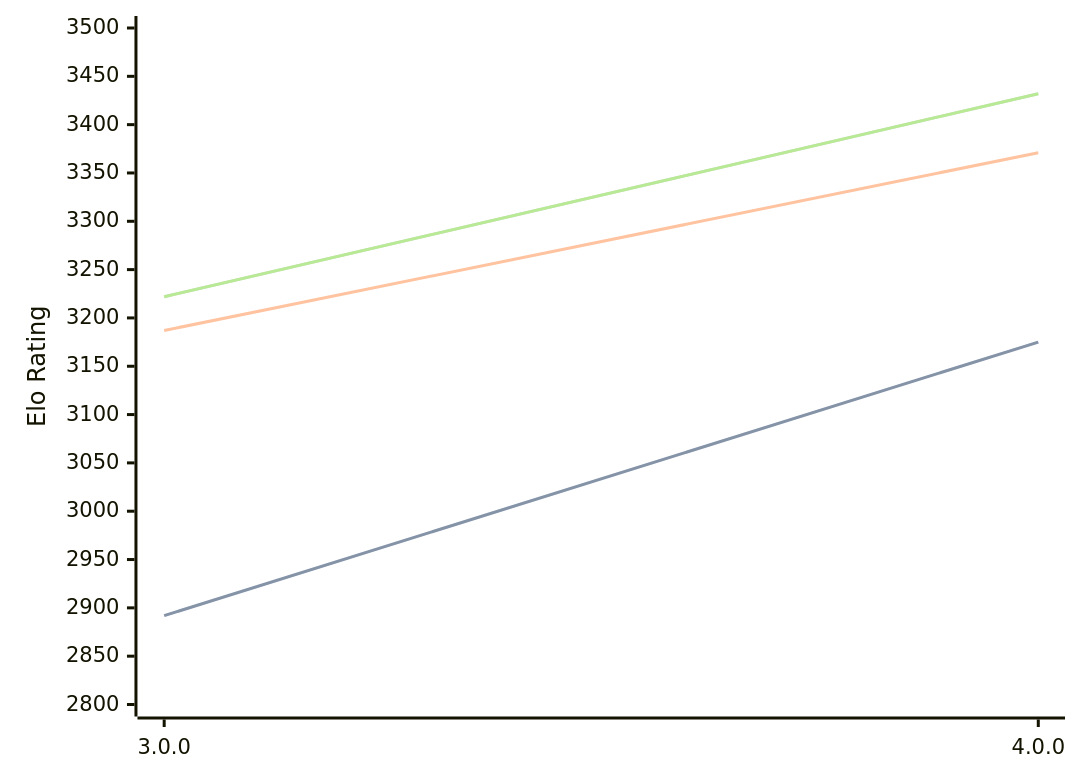
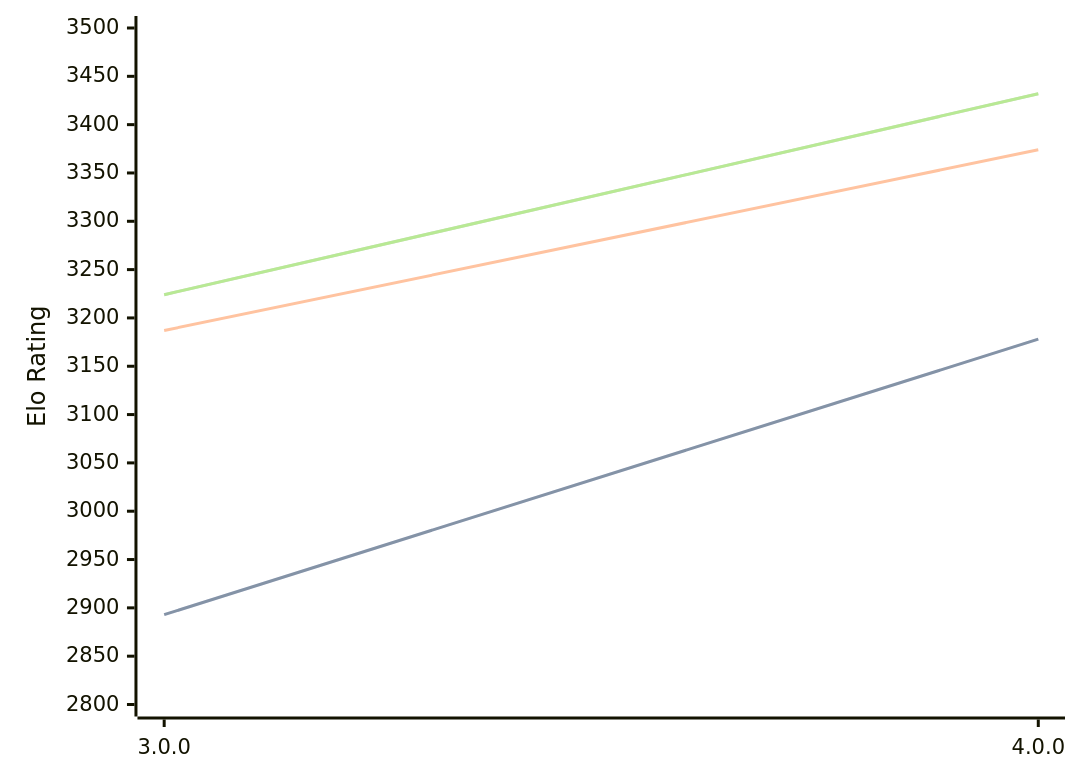
Before and after one commit to computer-chess-index/cci: the diagram in engines/Avalanche.md, drawn with Mermaid. The commit also changed other lines of this file, not shown here.

Commit message:
Update CCI Ratings (ELO VLTC) - 2026-08-22

````diff
--- a/engines/Avalanche.md
+++ b/engines/Avalanche.md
@@ -32,11 +32,11 @@
 ```mermaid
 %%{init: {"theme":"base","themeVariables":{"seriesColors:['#a3a3a3','#222221','#faa371']}}}%%
 xychart-beta
   x-axis ["3.0.0", "4.0.0"]
   y-axis "Elo Rating" 2800 --> 3500
-  line "STC (8.0+0.08s)" [2892, 3175]
-  line "STC (8.0+0.08s)" [2892, 3175]
-  line "LTC (60.0+0.60s)" [3187, 3371]
-  line "VLTC (2m24s+1.12s)" [3222, 3432]
-  line "VLTC (2m24s+1.12s)" [3222, 3432]
+  line "STC (8.0+0.08s)" [2893, 3178]
+  line "STC (8.0+0.08s)" [2893, 3178]
+  line "LTC (60.0+0.60s)" [3187, 3374]
+  line "VLTC (2m24s+1.12s)" [3224, 3432]
+  line "VLTC (2m24s+1.12s)" [3224, 3432]
 ```
````
